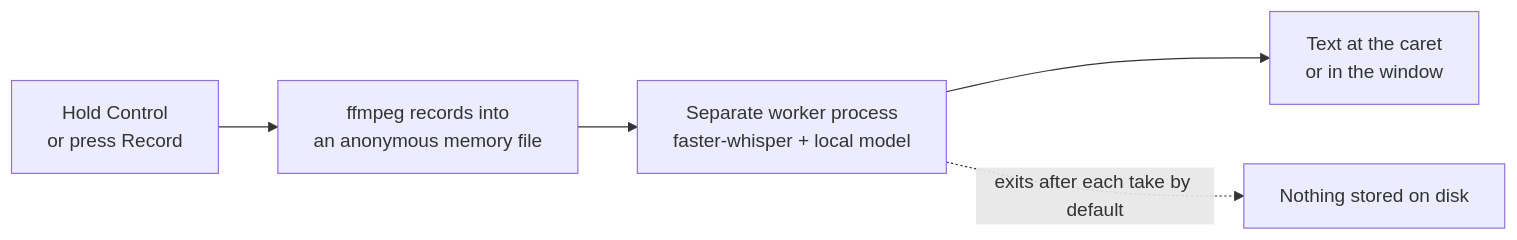
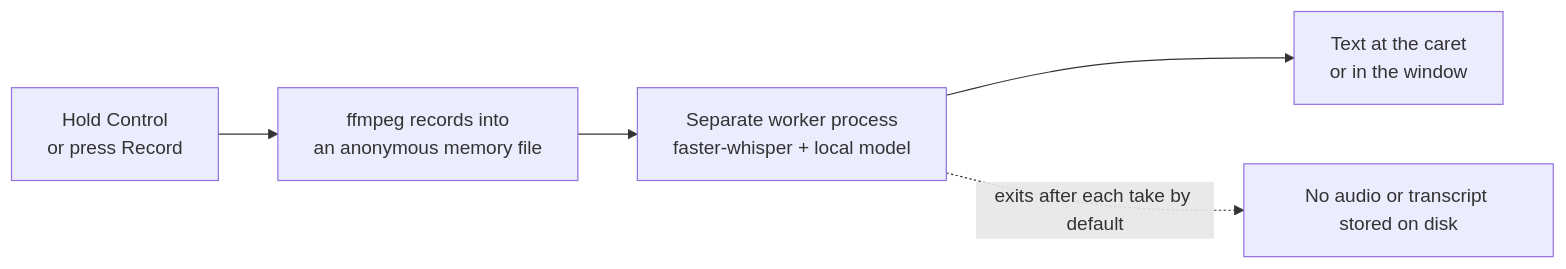
Before and after one commit to juvenile454/VoiceLens: the diagram in README.md, drawn with Mermaid. The commit also changed other lines of this file and 7 other files, not shown here.

````diff
--- a/README.md
+++ b/README.md
@@ -105,7 +106,7 @@
 ```mermaid
 flowchart LR
   A["Hold Control<br/>or press Record"] --> B["ffmpeg records into<br/>an anonymous memory file"]
   B --> C["Separate worker process<br/>faster-whisper + local model"]
   C --> D["Text at the caret<br/>or in the window"]
-  C -. "exits after each take by default" .-> E["Nothing stored on disk"]
+  C -. "exits after each take by default" .-> E["No audio or transcript stored on disk"]
 ```
````
